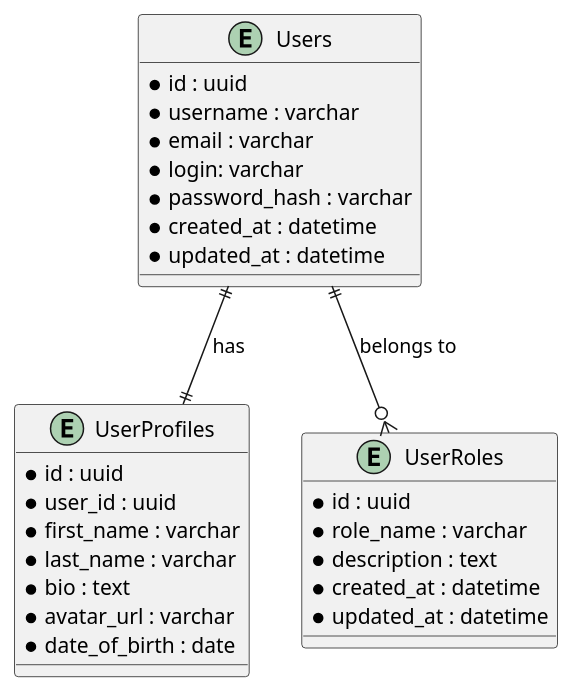
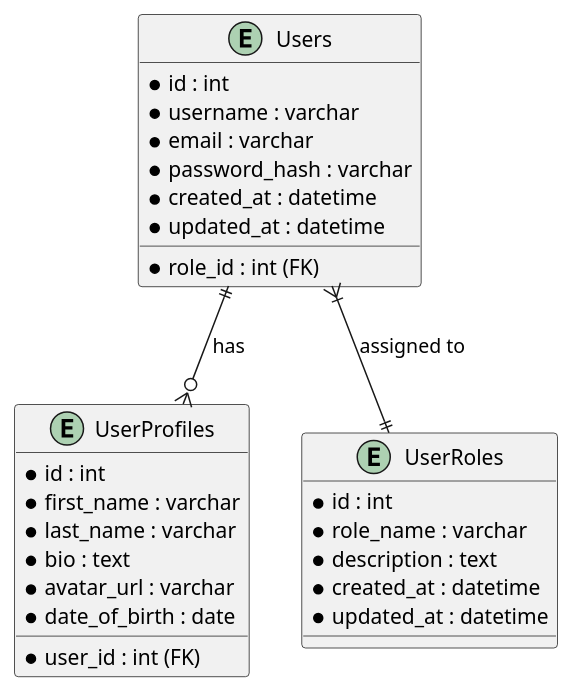
Before and after one commit to rinpmchs/soa-2025: the diagram in docs/er_users.puml, drawn with PlantUML.

Commit message:
update users ER

```diff
--- a/docs/er_users.puml
+++ b/docs/er_users.puml
@@ -1,33 +1,34 @@
 @startuml UsersServiceER
+
 entity "Users" as U {
-  * id : uuid
+  * id : int
   * username : varchar
   * email : varchar
-  * login: varchar
   * password_hash : varchar
+  * role_id : int (FK)
   * created_at : datetime
   * updated_at : datetime
 }
 
 entity "UserProfiles" as UP {
-  * id : uuid
-  * user_id : uuid
+  * id : int
+  * user_id : int (FK)
   * first_name : varchar
   * last_name : varchar
   * bio : text
   * avatar_url : varchar
   * date_of_birth : date
 }
 
 entity "UserRoles" as UR {
-  * id : uuid
+  * id : int
   * role_name : varchar
   * description : text
   * created_at : datetime
   * updated_at : datetime
 }
 
-' Relationships
-U ||--|| UP : "has"
-U ||--o{ UR : "belongs to"
+U ||--o{ UP : "has"
+U }|--|| UR : "assigned to"
+
 @enduml
```
